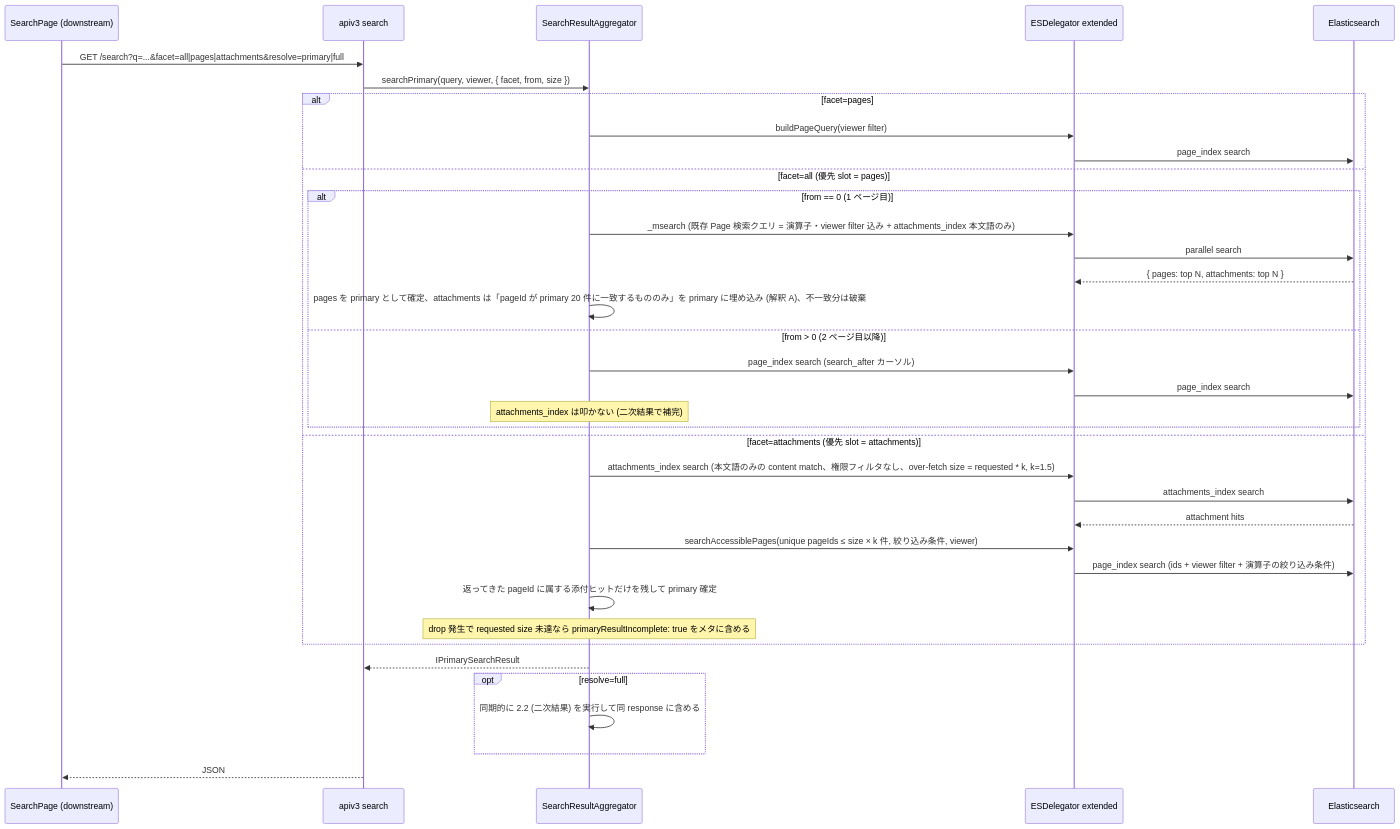
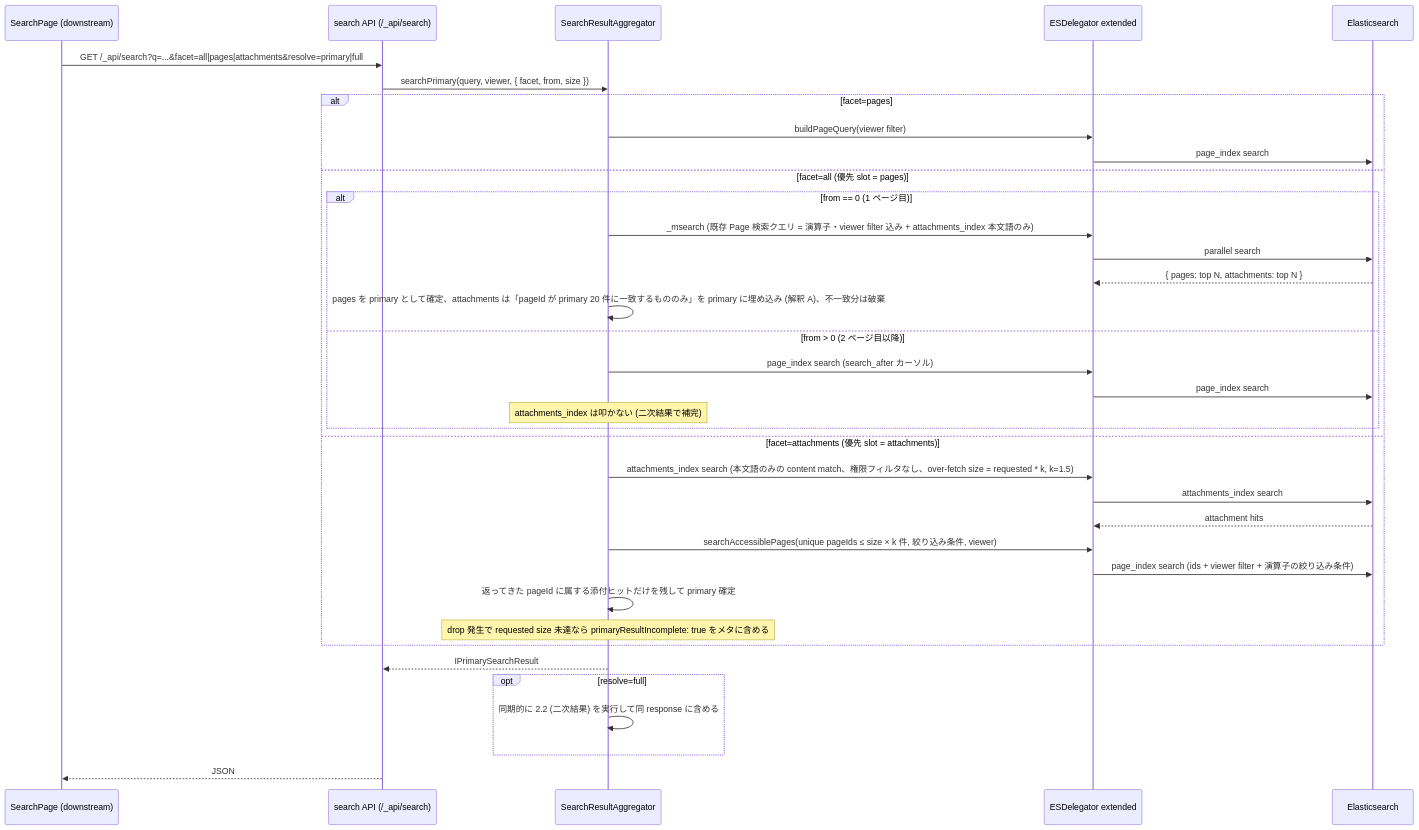
One commit to growilabs/growi changed the third of 6 diagrams in .kiro/specs/attachment-search-indexing/design.md. Above: the diagram before and after it, drawn with Mermaid. The commit also changed other lines of this file and 3 other files, not shown here.

````diff
--- a/.kiro/specs/attachment-search-indexing/design.md
+++ b/.kiro/specs/attachment-search-indexing/design.md
@@ -314,41 +317,41 @@
 ```mermaid
 sequenceDiagram
     participant UI as SearchPage (downstream)
-    participant Api as apiv3 search
+    participant Api as search API (/_api/search)
     participant Svc as SearchResultAggregator
     participant Del as ESDelegator extended
     participant ES as Elasticsearch
 
-    UI->>Api: GET /search?q=...&facet=all|pages|attachments&resolve=primary|full
+    UI->>Api: GET /_api/search?q=...&facet=all|pages|attachments&resolve=primary|full
     Api->>Svc: searchPrimary(query, viewer, { facet, from, size })
 
     alt facet=pages
         Svc->>Del: buildPageQuery(viewer filter)
         Del->>ES: page_index search
     else facet=all (優先 slot = pages)
         alt from == 0 (1 ページ目)
             Svc->>Del: _msearch (既存 Page 検索クエリ = 演算子・viewer filter 込み + attachments_index 本文語のみ)
             Del->>ES: parallel search
             ES-->>Del: { pages: top N, attachments: top N }
             Svc->>Svc: pages を primary として確定、attachments は「pageId が primary 20 件に一致するもののみ」を primary に埋め込み (解釈 A)、不一致分は破棄
         else from > 0 (2 ページ目以降)
             Svc->>Del: page_index search (search_after カーソル)
             Del->>ES: page_index search
             Note over Svc: attachments_index は叩かない (二次結果で補完)
         end
     else facet=attachments (優先 slot = attachments)
         Svc->>Del: attachments_index search (本文語のみの content match、権限フィルタなし、over-fetch size = requested * k, k=1.5)
         Del->>ES: attachments_index search
         ES-->>Del: attachment hits
         Svc->>Del: searchAccessiblePages(unique pageIds ≤ size × k 件, 絞り込み条件, viewer)
         Del->>ES: page_index search (ids + viewer filter + 演算子の絞り込み条件)
         Svc->>Svc: 返ってきた pageId に属する添付ヒットだけを残して primary 確定
         Note over Svc: drop 発生で requested size 未達なら primaryResultIncomplete: true をメタに含める
     end
 
     Svc-->>Api: IPrimarySearchResult
     opt resolve=full
         Svc->>Svc: 同期的に 2.2 (二次結果) を実行して同 response に含める
     end
     Api-->>UI: JSON
 ```
````
